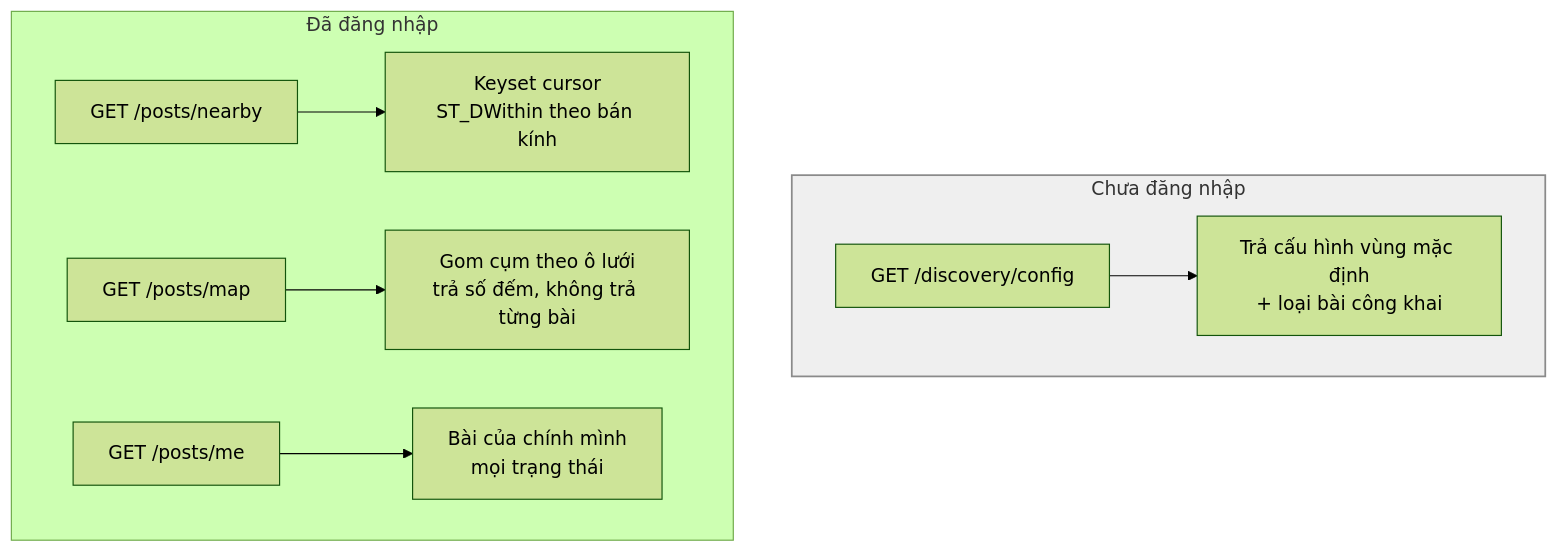
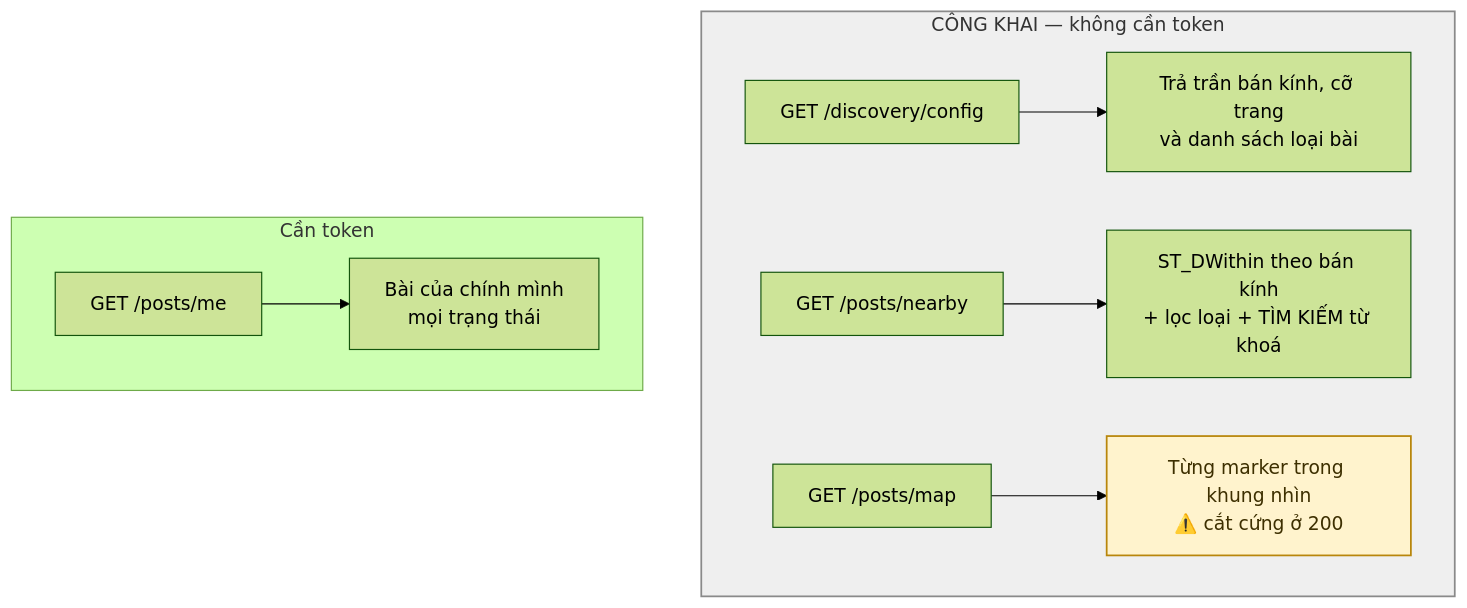
One commit to fdshn/trueheart changed the first of 5 diagrams in docs/diagram/05-feed.md. Above: the diagram before and after it, drawn with Mermaid (forest theme). The commit also changed other lines of this file and 11 other files, not shown here.

````diff
--- a/docs/diagram/05-feed.md
+++ b/docs/diagram/05-feed.md
@@ -7,13 +7,14 @@
 ```mermaid
 flowchart TD
-    subgraph Khách["Chưa đăng nhập"]
-        G1["GET /discovery/config"] --> G2[Trả cấu hình vùng mặc định<br/>+ loại bài công khai]
+    subgraph CongKhai["CÔNG KHAI — không cần token"]
+        G1["GET /discovery/config"] --> G2[Trả trần bán kính, cỡ trang<br/>và danh sách loại bài]
+        N1["GET /posts/nearby"] --> N2["ST_DWithin theo bán kính<br/>+ lọc loại + TÌM KIẾM từ khoá"]
+        M1["GET /posts/map"] --> M2["Từng marker trong khung nhìn<br/>⚠️ cắt cứng ở 200"]
     end
-    subgraph Đã["Đã đăng nhập"]
-        N1["GET /posts/nearby"] --> N2[Keyset cursor<br/>ST_DWithin theo bán kính]
-        M1["GET /posts/map"] --> M2[Gom cụm theo ô lưới<br/>trả số đếm, không trả từng bài]
+    subgraph Rieng["Cần token"]
         O1["GET /posts/me"] --> O2[Bài của chính mình<br/>mọi trạng thái]
     end
 
-    style Khách fill:#8c8c8c24,stroke:#8a8a8a,stroke-width:1.5px
+    style CongKhai fill:#8c8c8c24,stroke:#8a8a8a,stroke-width:1.5px
+    style M2 fill:#fff3cd,stroke:#b8860b,stroke-width:1.5px,color:#3d2f00
 ```
````
